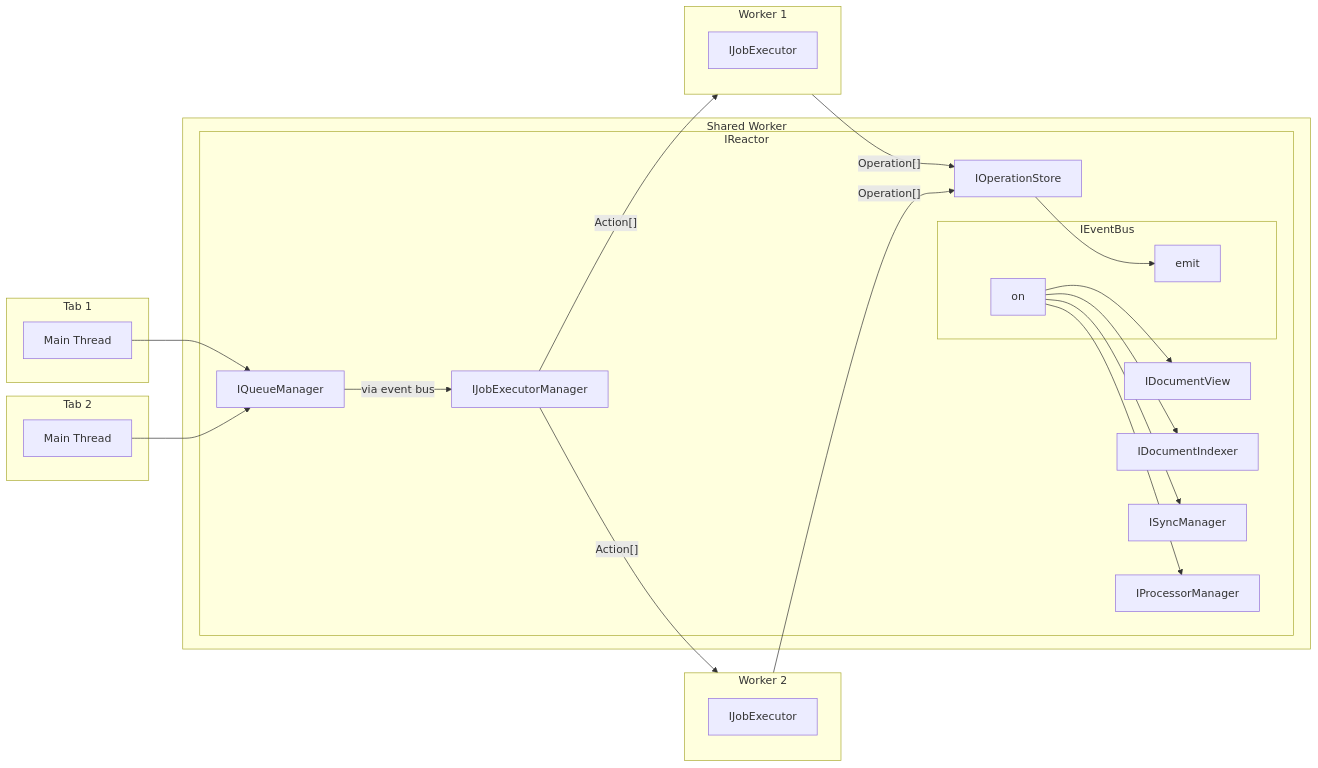
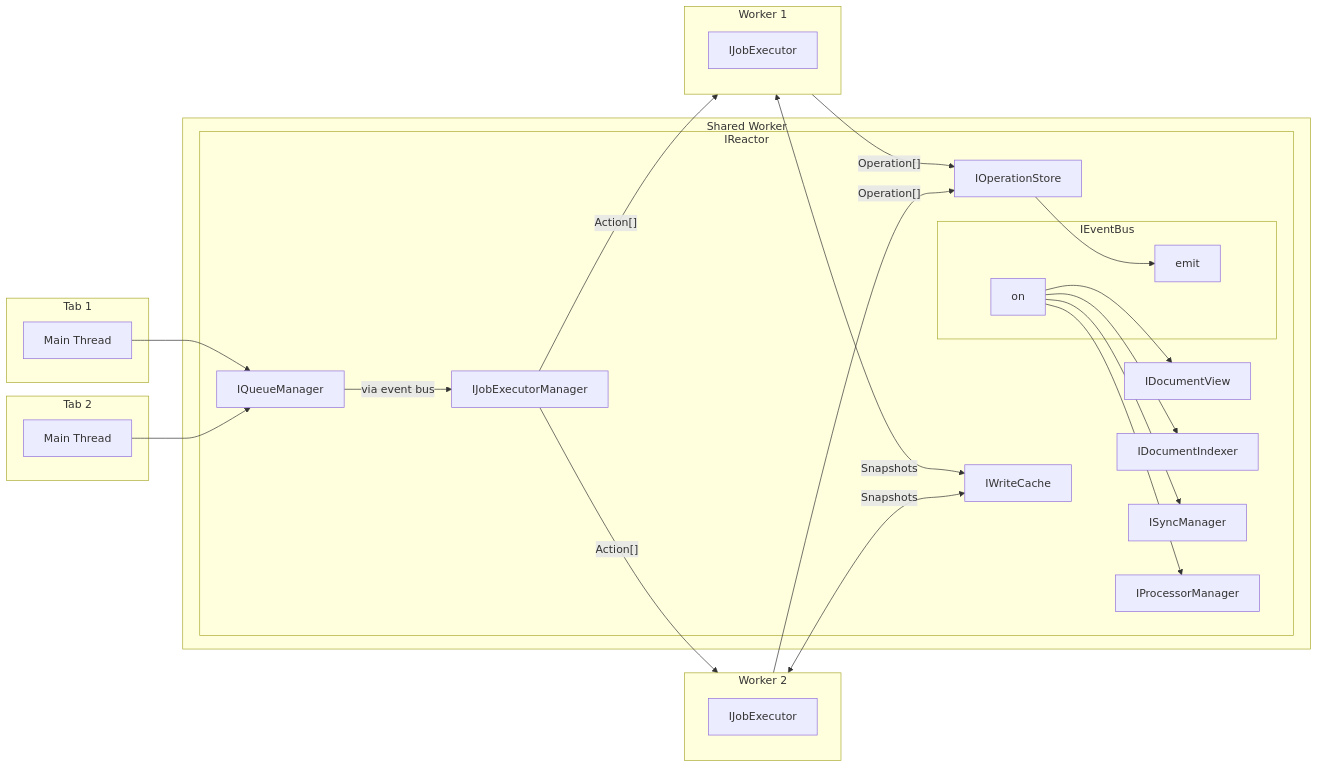
Before and after one commit to powerhouse-inc/powerhouse: the first of 8 diagrams in packages/reactor/docs/planning/Jobs/index.md, drawn with Mermaid. The commit also changed other lines of this file and 4 other files, not shown here.

````diff
--- a/packages/reactor/docs/planning/Jobs/index.md
+++ b/packages/reactor/docs/planning/Jobs/index.md
@@ -21,52 +21,55 @@
 ```mermaid
 graph LR
 
   subgraph Tab 1
     MT1["Main Thread"]
   end
 
   subgraph Tab 2
     MT2["Main Thread"]
   end
 
   subgraph Shared Worker
     subgraph IReactor
       IQueueManager
       IJobExecutorManager
       IOperationStore
+      IWriteCache
       IDocumentView
       IDocumentIndexer
 
       IQueueManager -->|"via event bus"| IJobExecutorManager
       IOperationStore --> emit
 
       subgraph IEventBus
         emit
         on
       end
 
       on --> IDocumentView
       on --> IDocumentIndexer
       on --> ISyncManager
       on --> IProcessorManager
 
     end
   end
 
   subgraph W1["Worker 1"]
     J1["IJobExecutor"]
   end
 
   subgraph W2["Worker 2"]
     J2["IJobExecutor"]
   end
 
   MT1 --> IQueueManager
   MT2 --> IQueueManager
 
   IJobExecutorManager -->|"Action[]"| W1
   IJobExecutorManager -->|"Action[]"| W2
 
   W1 -->|"Operation[]"| IOperationStore
   W2 -->|"Operation[]"| IOperationStore
+  W1 <-->|"Snapshots"| IWriteCache
+  W2 <-->|"Snapshots"| IWriteCache
 ```
````
